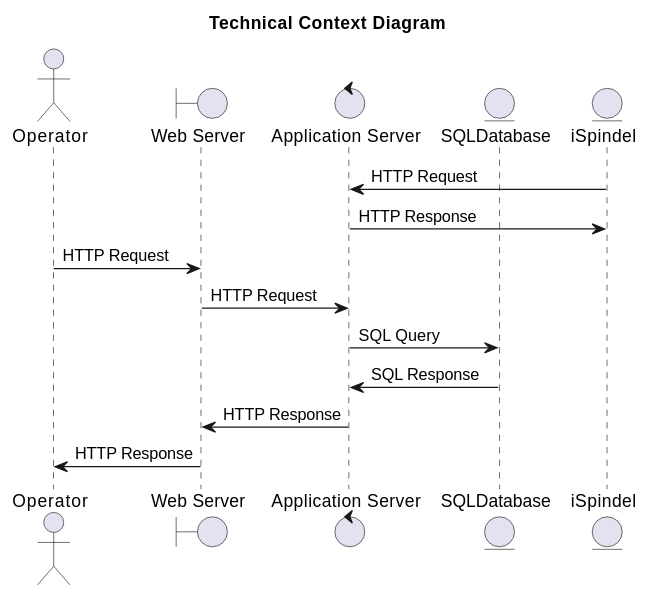
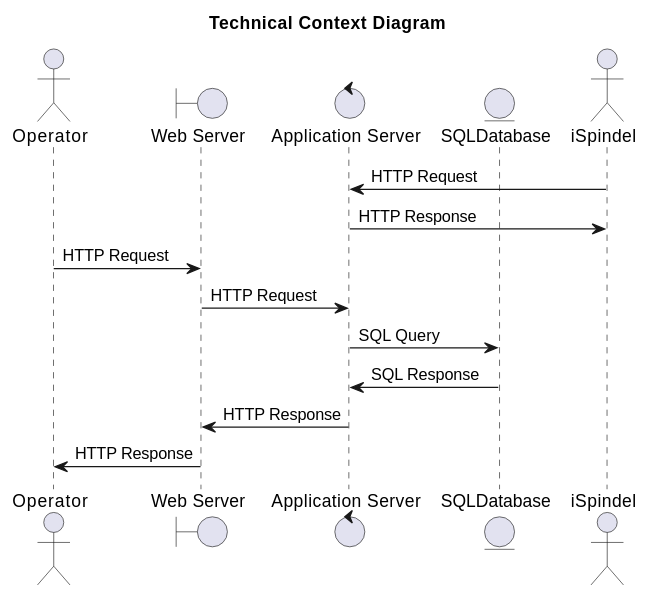
The third of 5 diagrams in documents/01-Conception-Phase/00-HoppyBrew.md (asbor/iu-project-software-engineering), drawn with PlantUML before and after one commit. The commit also changed 3 other files, not shown here.

```diff
--- a/documents/01-Conception-Phase/00-HoppyBrew.md
+++ b/documents/01-Conception-Phase/00-HoppyBrew.md
@@ -338,21 +338,21 @@
 @startuml 03-Context-View-Technical
 
 title Technical Context Diagram
 
 actor user as "Operator"
 boundary WebServer as "Web Server"
 control AppServer as "Application Server"
 entity Database as "SQLDatabase"
-entity ISpindel as "iSpindel"
+actor ISpindel as "iSpindel"
 
 ISpindel -> AppServer : HTTP Request
 AppServer -> ISpindel : HTTP Response
 
 user -> WebServer : HTTP Request
 WebServer -> AppServer : HTTP Request
 AppServer -> Database : SQL Query
 Database -> AppServer : SQL Response
 AppServer -> WebServer : HTTP Response
 WebServer -> user : HTTP Response
 
 @enduml
```
